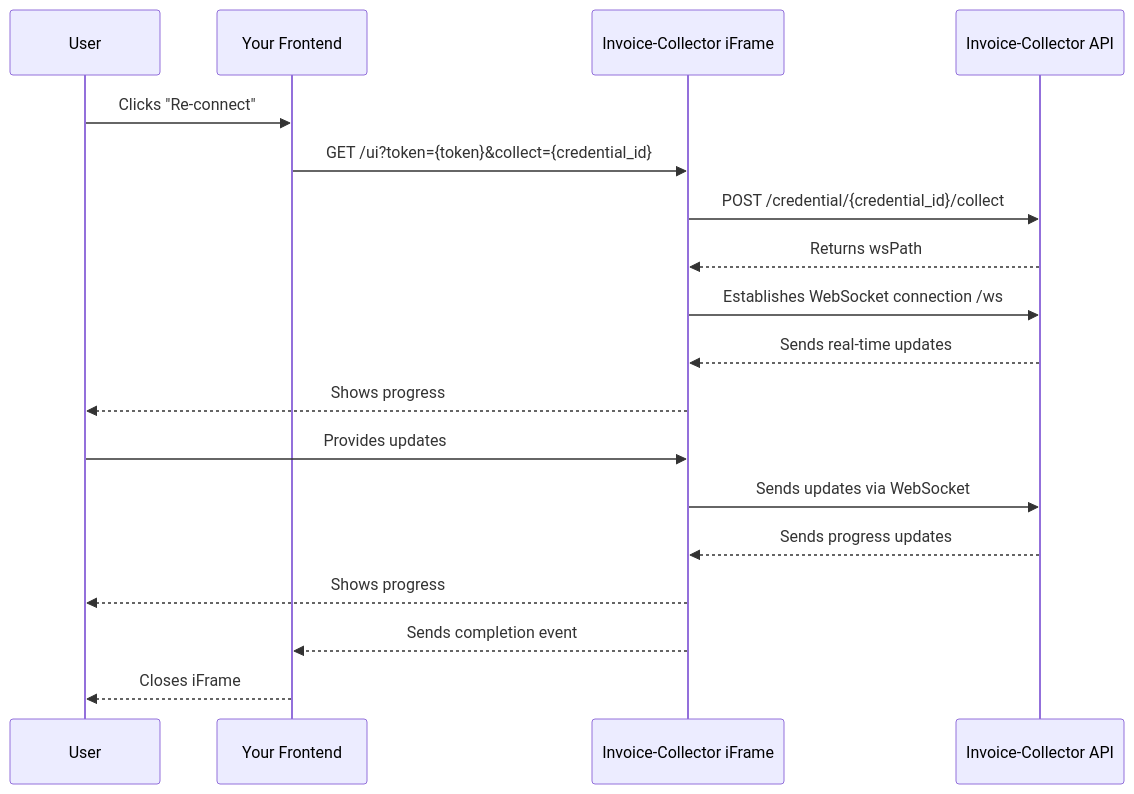
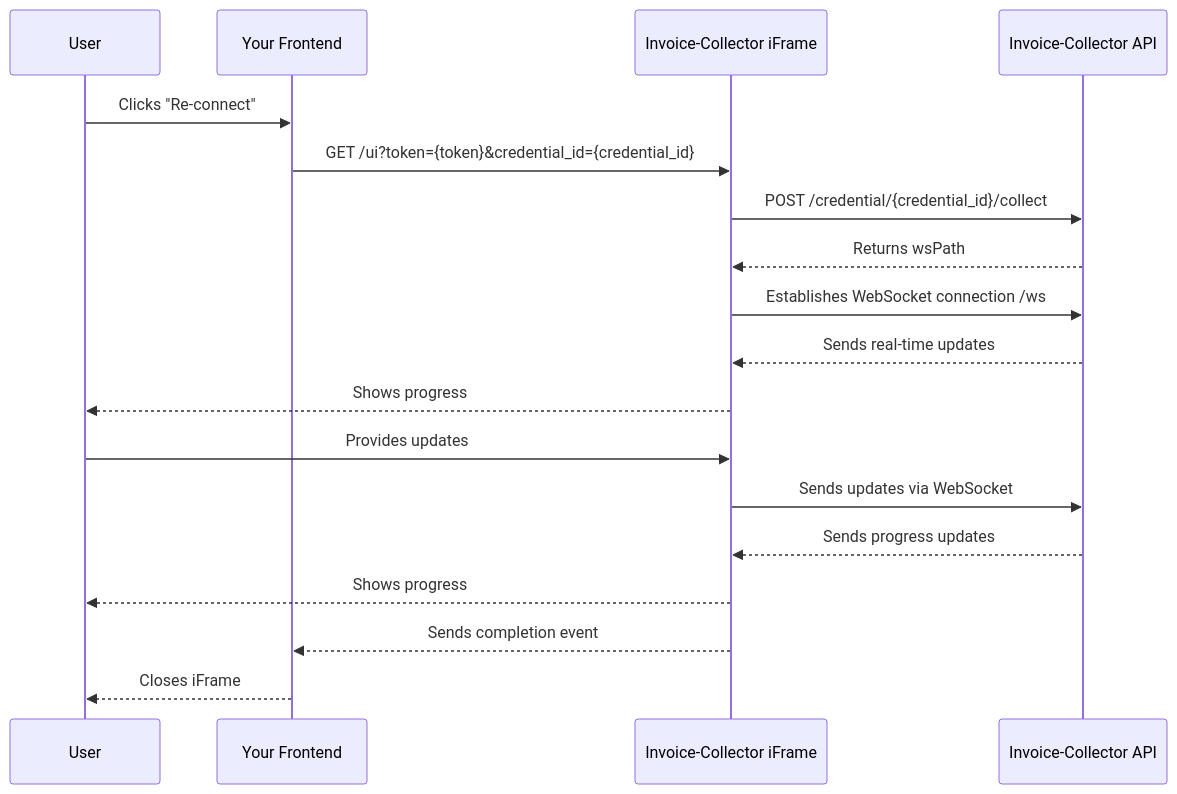
One commit to invoice-collector/website changed the first of 2 diagrams in docs/getting-started/frontend-integration/reconnect-credential.mdx. Above: the diagram before and after it, drawn with Mermaid. The commit also changed other lines of this file and 1 other file, not shown here.

Commit message:
Rename `collect` to `credential_id`

````diff
--- a/docs/getting-started/frontend-integration/reconnect-credential.mdx
+++ b/docs/getting-started/frontend-integration/reconnect-credential.mdx
@@ -51,21 +51,21 @@
 ```mermaid
 sequenceDiagram
     participant User
     participant Frontend as Your Frontend
     participant IFrame as Invoice-Collector iFrame
     participant API as Invoice-Collector API
     
     User->>Frontend: Clicks "Re-connect"
-    Frontend->>IFrame: GET /ui?token={token}&collect={credential_id}
+    Frontend->>IFrame: GET /ui?token={token}&credential_id={credential_id}
     IFrame->>API: POST /credential/{credential_id}/collect
     API-->>IFrame: Returns wsPath
     IFrame->>API: Establishes WebSocket connection /ws
     API-->>IFrame: Sends real-time updates
     IFrame-->>User: Shows progress
     User->>IFrame: Provides updates
     IFrame->>API: Sends updates via WebSocket
     API-->>IFrame: Sends progress updates
     IFrame-->>User: Shows progress
     IFrame-->>Frontend: Sends completion event
     Frontend-->>User: Closes iFrame
 ```
````
